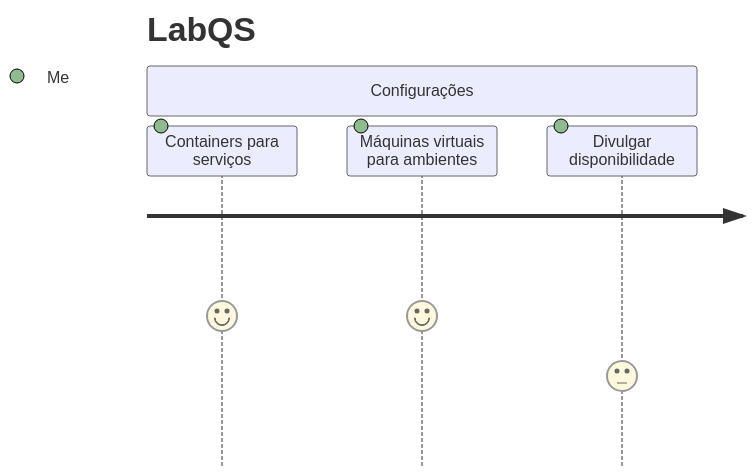
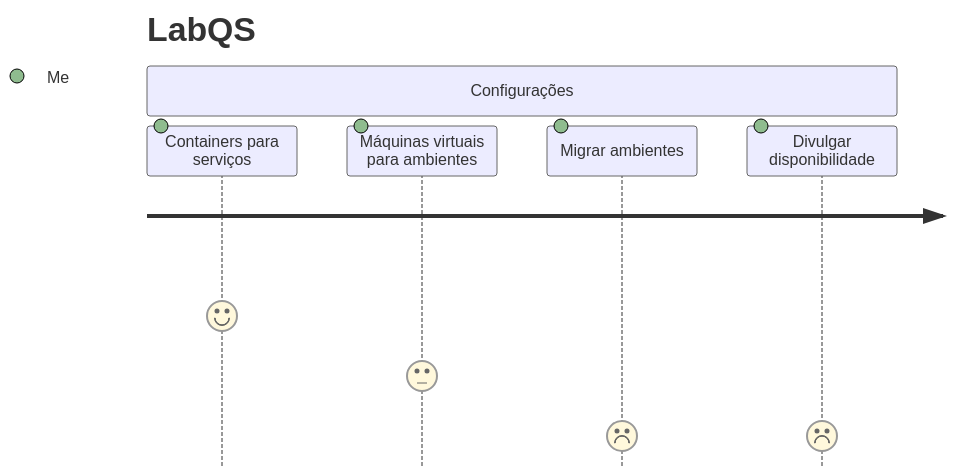
One commit to LabQS-ITA/cloud changed the fifth of 9 diagrams in xen/README.md. Above: the diagram before and after it, drawn with Mermaid. The commit also changed other lines of this file and 2 other files, not shown here.

````diff
--- a/xen/README.md
+++ b/xen/README.md
@@ -438,8 +444,9 @@
 ```mermaid
 journey
     title LabQS
     section Configurações
         Containers para serviços: 5: Me
-        Máquinas virtuais para ambientes: 5: Me
-        Divulgar disponibilidade: 3: Me
+        Máquinas virtuais para ambientes: 3: Me
+        Migrar ambientes: 1: Me
+        Divulgar disponibilidade: 1: Me
 ```
````
